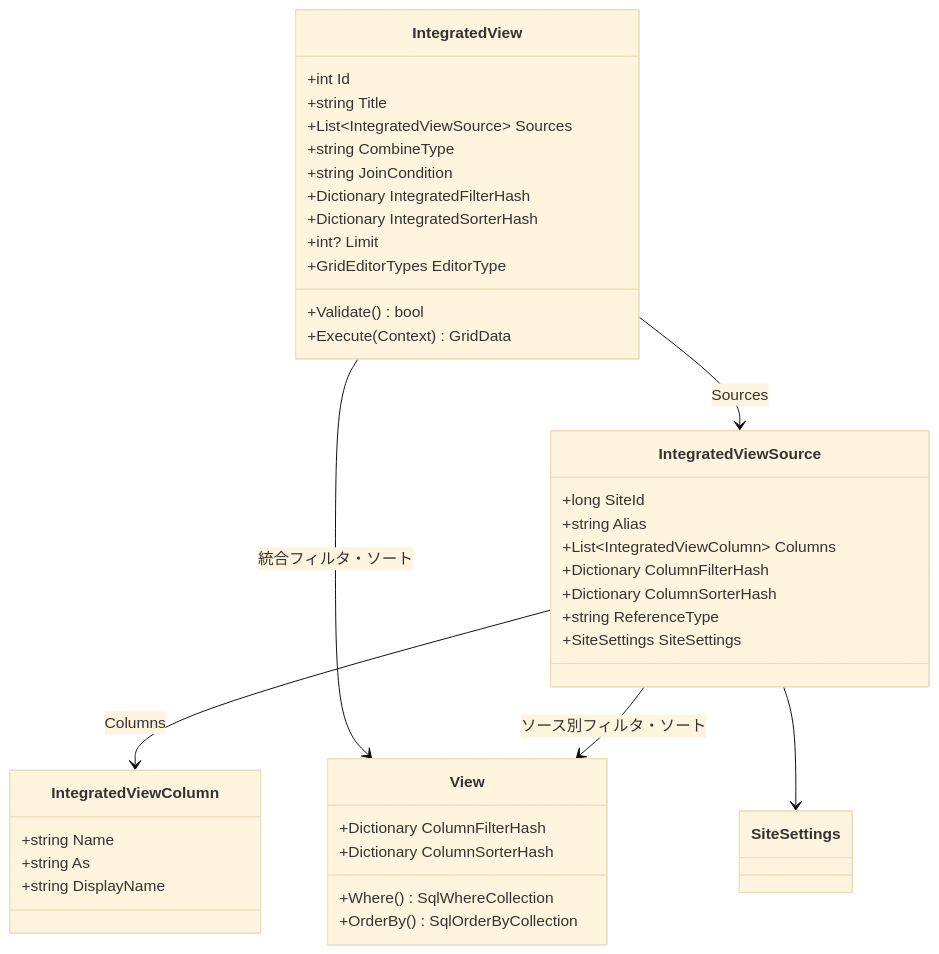
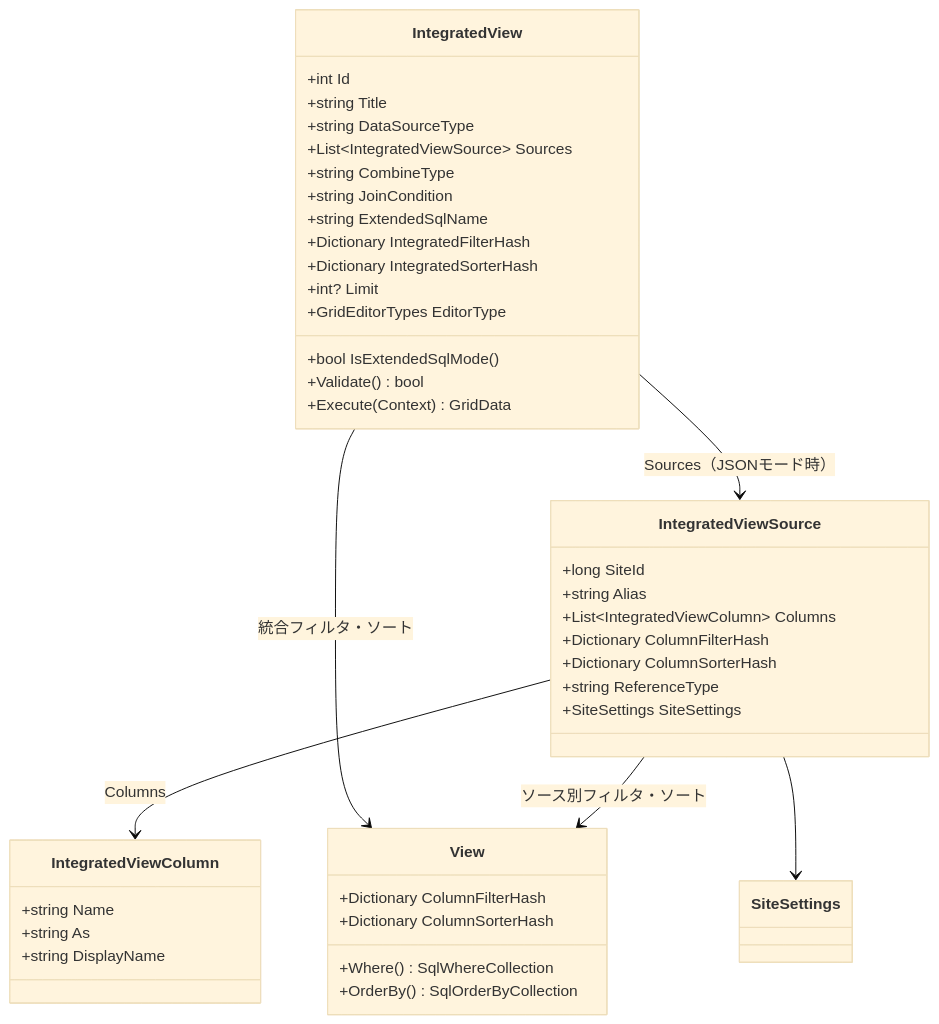
Before and after one commit to vehiclevisionjp/VehicleVision.Pleasanter.ResearchDocuments: the ninth of 16 diagrams in docs/research/06-一覧・ビュー/007-複数テーブル統合ビュー.md, drawn with Mermaid (base theme). The commit also changed other lines of this file, not shown here.

````diff
--- a/docs/research/06-一覧・ビュー/007-複数テーブル統合ビュー.md
+++ b/docs/research/06-一覧・ビュー/007-複数テーブル統合ビュー.md
@@ -733,45 +849,48 @@
 ```mermaid
 classDiagram
     class IntegratedView {
         +int Id
         +string Title
+        +string DataSourceType
         +List~IntegratedViewSource~ Sources
         +string CombineType
         +string JoinCondition
+        +string ExtendedSqlName
         +Dictionary IntegratedFilterHash
         +Dictionary IntegratedSorterHash
         +int? Limit
         +GridEditorTypes EditorType
+        +bool IsExtendedSqlMode()
         +Validate() bool
         +Execute(Context) GridData
     }
 
     class IntegratedViewSource {
         +long SiteId
         +string Alias
         +List~IntegratedViewColumn~ Columns
         +Dictionary ColumnFilterHash
         +Dictionary ColumnSorterHash
         +string ReferenceType
         +SiteSettings SiteSettings
     }
 
     class IntegratedViewColumn {
         +string Name
         +string As
         +string DisplayName
     }
 
     class View {
         +Dictionary ColumnFilterHash
         +Dictionary ColumnSorterHash
         +Where() SqlWhereCollection
         +OrderBy() SqlOrderByCollection
     }
 
-    IntegratedView --> IntegratedViewSource : Sources
+    IntegratedView --> IntegratedViewSource : Sources（JSONモード時）
     IntegratedView --> View : 統合フィルタ・ソート
     IntegratedViewSource --> IntegratedViewColumn : Columns
     IntegratedViewSource --> View : ソース別フィルタ・ソート
     IntegratedViewSource --> SiteSettings
 ```
````
